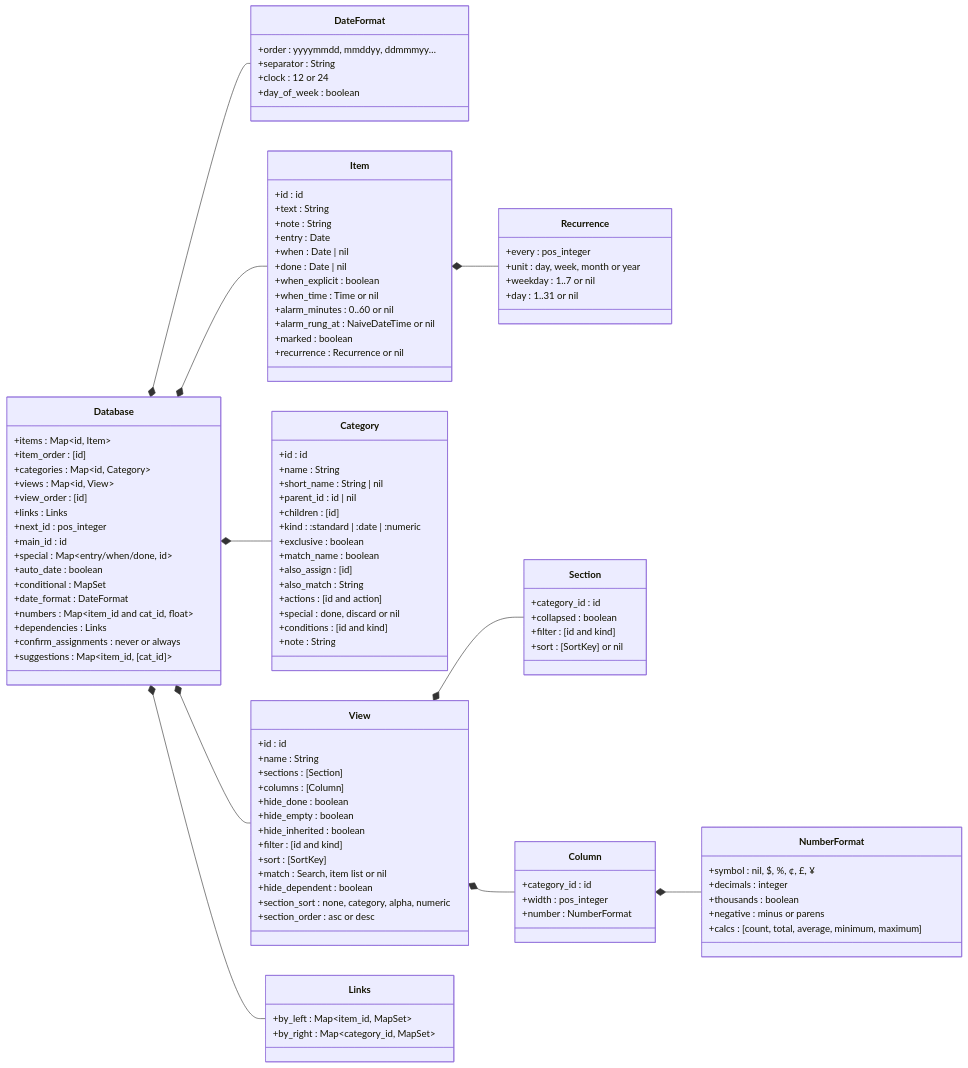
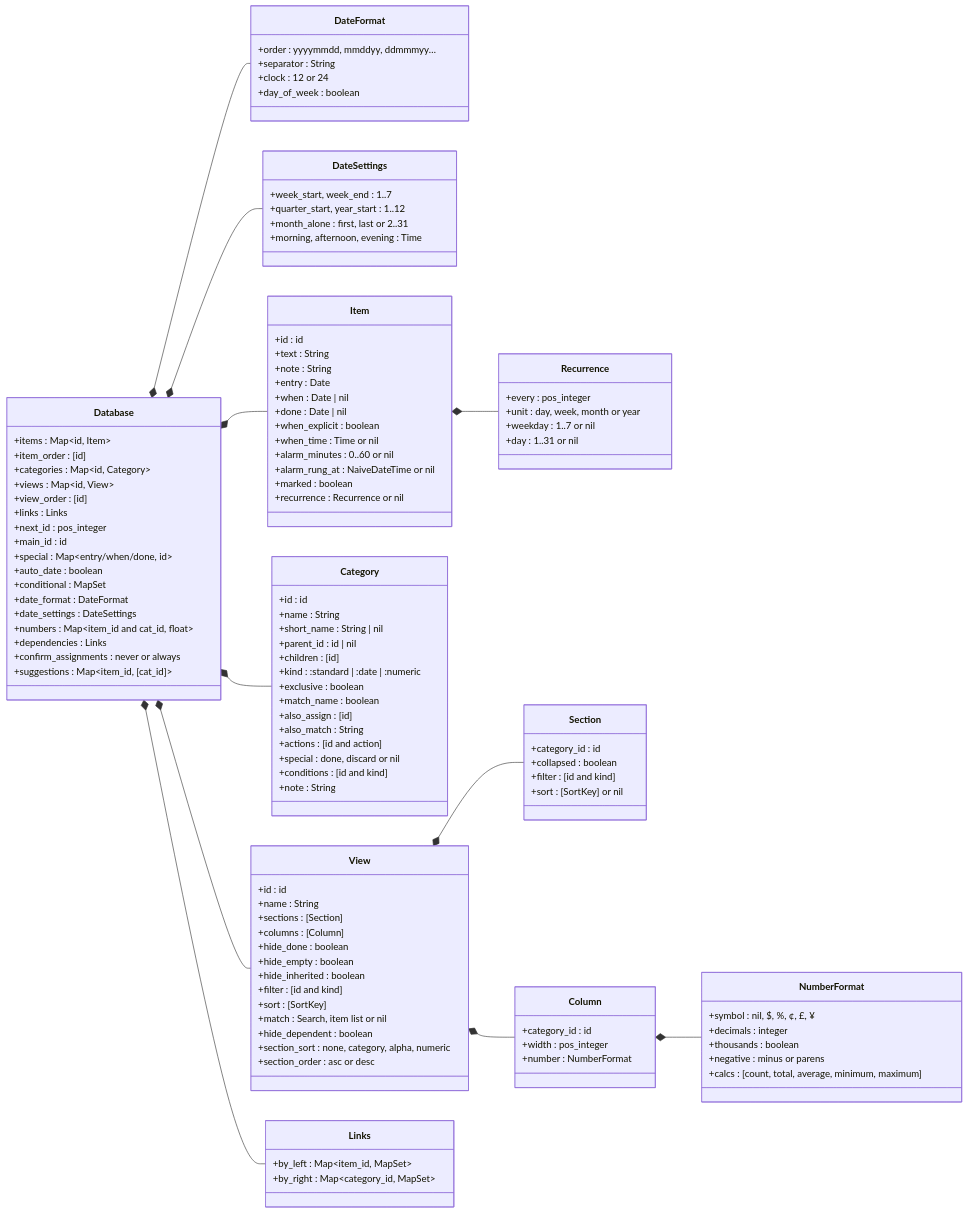
Before and after one commit to jamting/agendum: the second of 6 diagrams in docs/DATA_MODEL.md, drawn with Mermaid. The commit also changed other lines of this file and 20 other files, not shown here.

First line of the commit message:
Add Agenda's Global Date Settings to File Properties

```diff
--- a/docs/DATA_MODEL.md
+++ b/docs/DATA_MODEL.md
@@ -119,6 +120,7 @@
         +auto_date : boolean
         +conditional : MapSet
         +date_format : DateFormat
+        +date_settings : DateSettings
         +numbers : Map~item_id and cat_id, float~
         +dependencies : Links
         +confirm_assignments : never or always
@@ -129,6 +131,12 @@
         +separator : String
         +clock : 12 or 24
         +day_of_week : boolean
+    }
+    class DateSettings {
+        +week_start, week_end : 1..7
+        +quarter_start, year_start : 1..12
+        +month_alone : first, last or 2..31
+        +morning, afternoon, evening : Time
     }
     class Item {
         +id : id
@@ -209,6 +217,7 @@
     Database *-- View
     Database *-- Links
     Database *-- DateFormat
+    Database *-- DateSettings
     View *-- Section
     View *-- Column
     Column *-- NumberFormat
```
